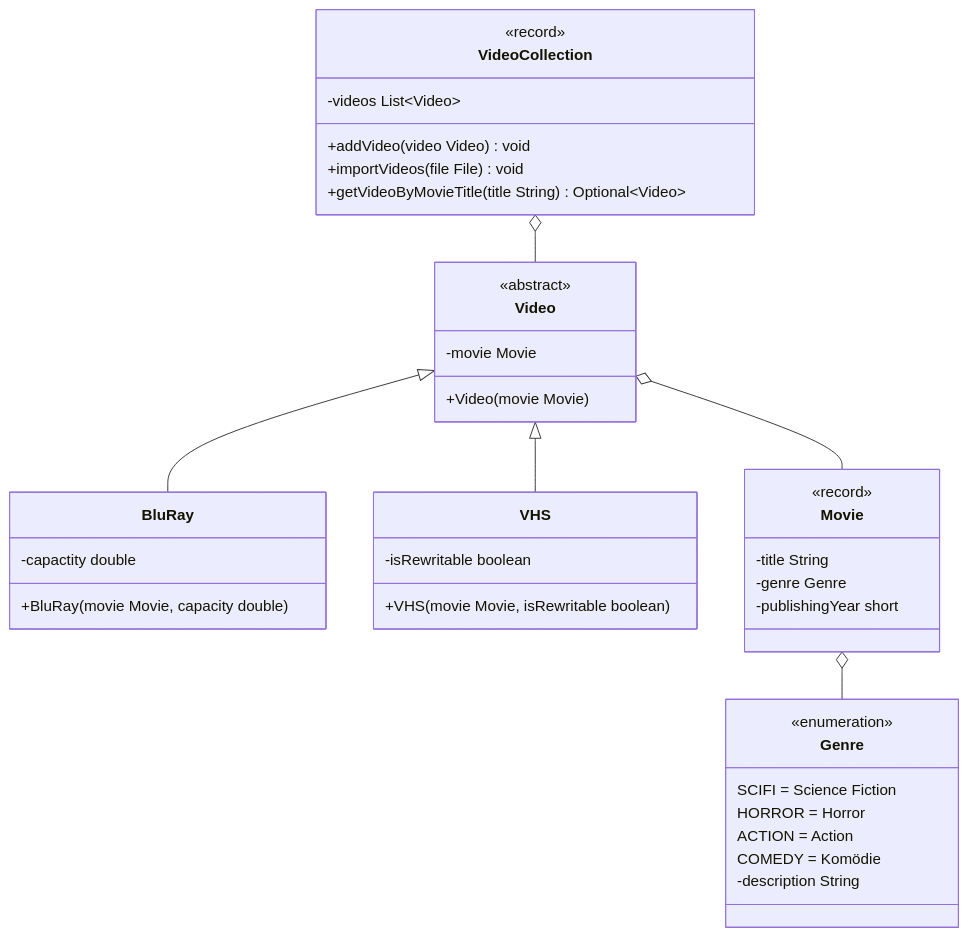
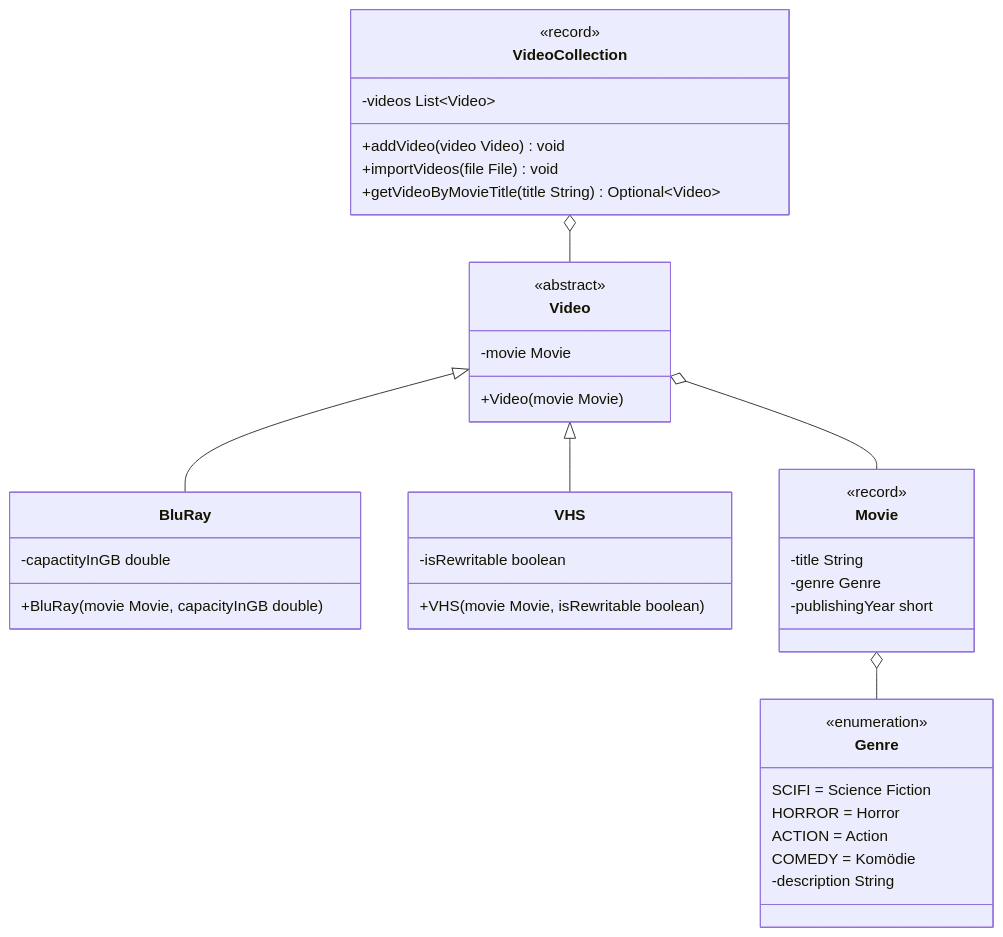
The diagram in docs/exam-exercises/exam-exercises-java2/video-collection.md (jappuccini/java-docs), drawn with Mermaid before and after one commit. The commit also changed other lines of this file, not shown here.

````diff
--- a/docs/exam-exercises/exam-exercises-java2/video-collection.md
+++ b/docs/exam-exercises/exam-exercises-java2/video-collection.md
@@ -11,48 +11,48 @@
 ```mermaid
 classDiagram
     VideoCollection o-- Video
     Video <|-- BluRay
     Video <|-- VHS
     Video o-- Movie
     Movie o-- Genre
 
     class VideoCollection {
         <<record>>
         -videos List~Video~
         +addVideo(video Video) void
         +importVideos(file File) void
         +getVideoByMovieTitle(title String) Optional~Video~
     }
 
     class Video {
         <<abstract>>
         -movie Movie
         +Video(movie Movie)
     }
 
     class VHS {
         -isRewritable boolean
         +VHS(movie Movie, isRewritable boolean)
     }
 
     class BluRay {
-        -capactity double
-        +BluRay(movie Movie, capacity double)
+        -capactityInGB double
+        +BluRay(movie Movie, capacityInGB double)
     }
 
     class Movie {
         <<record>>
         -title String
         -genre Genre
         -publishingYear short
     }
 
     class Genre {
         <<enumeration>>
         SCIFI = Science Fiction
         HORROR = Horror
         ACTION = Action
         COMEDY = Komödie
         -description String
     }
 ```
````
